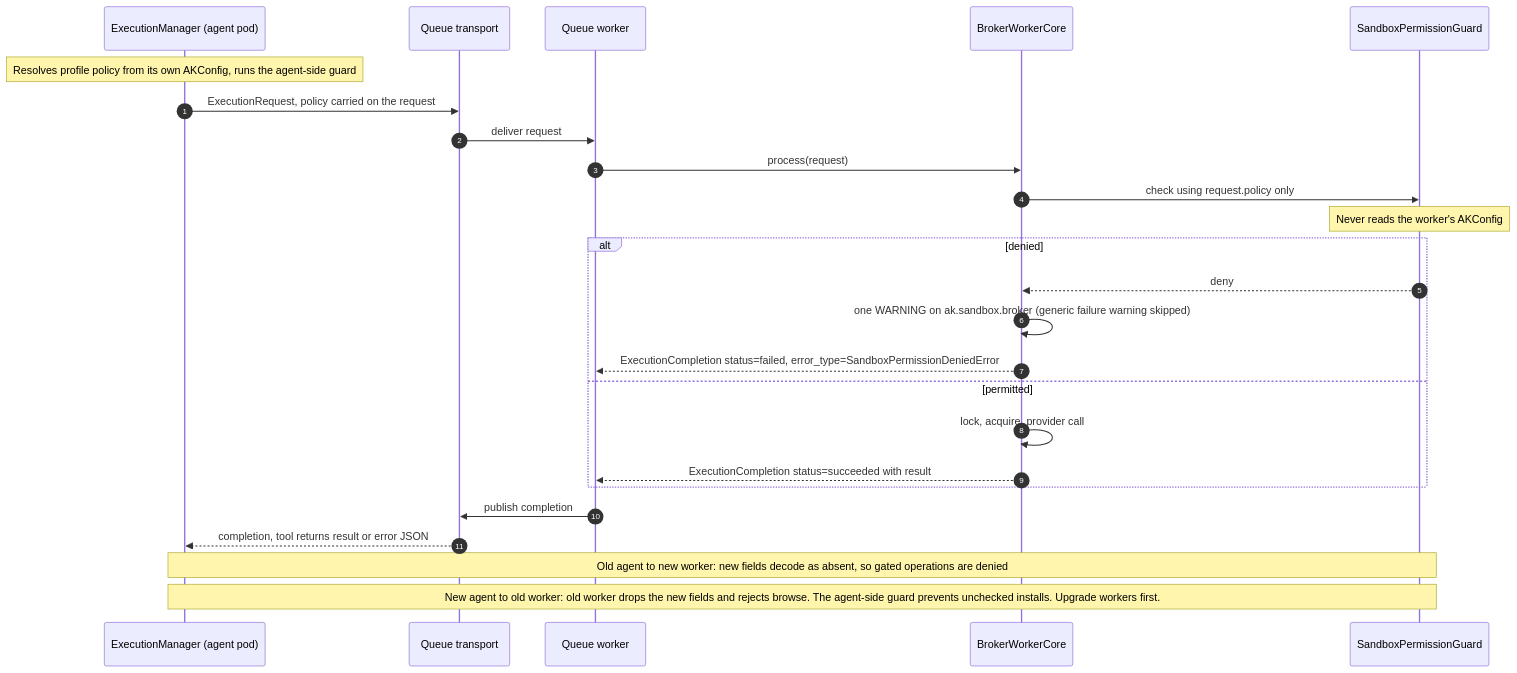
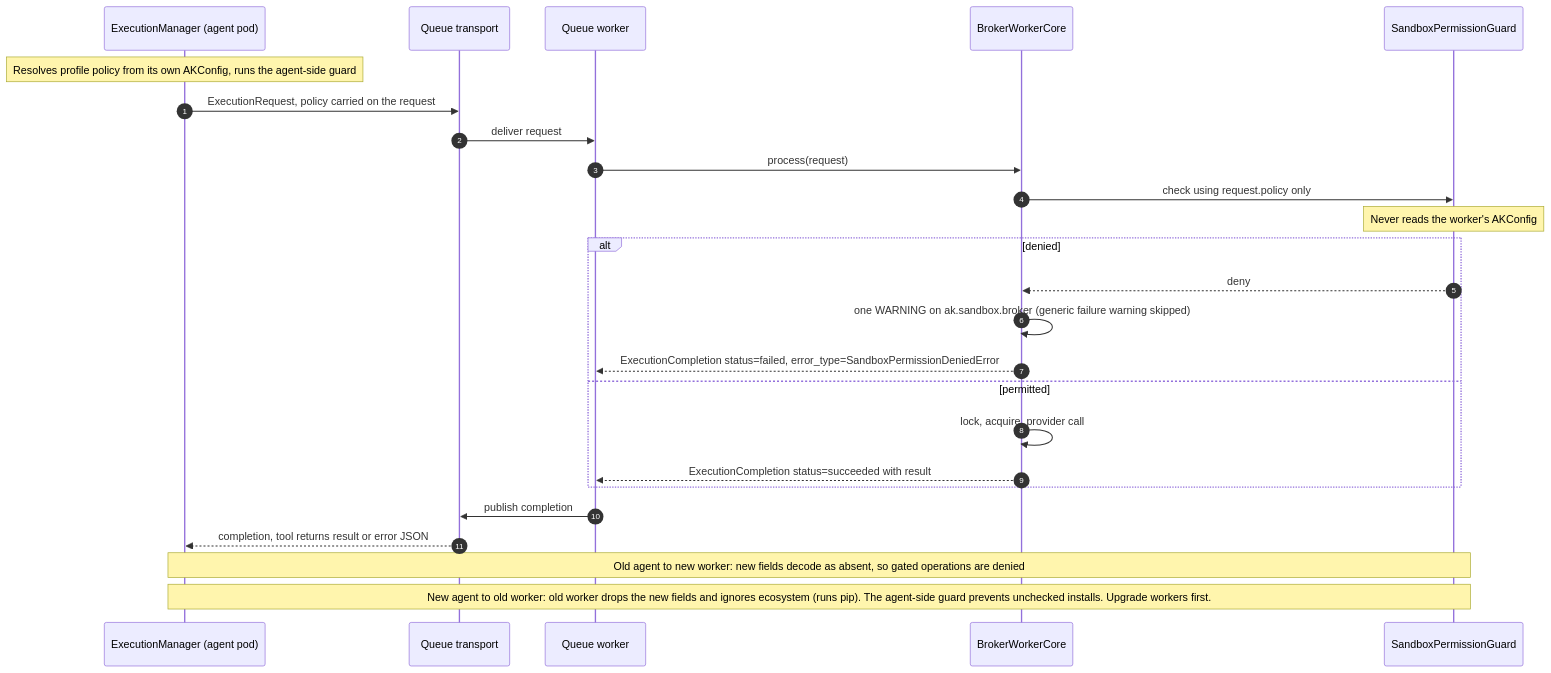
Before and after one commit to yaalalabs/agent-kernel: the seventh of 7 diagrams in docs/specs/692-sandbox-extended-permissions/research/diagrams.md, drawn with Mermaid. The commit also changed other lines of this file and 1 other file, not shown here.

Commit message:
docs: update design and diagrams for sandbox extended permissions, removing browser automation capability

````diff
--- a/docs/specs/692-sandbox-extended-permissions/research/diagrams.md
+++ b/docs/specs/692-sandbox-extended-permissions/research/diagrams.md
@@ -349,27 +302,27 @@
 ```mermaid
 sequenceDiagram
   autonumber
   participant EM as ExecutionManager (agent pod)
   participant Q as Queue transport
   participant QW as Queue worker
   participant W as BrokerWorkerCore
   participant G as SandboxPermissionGuard
   Note over EM: Resolves profile policy from its own AKConfig, runs the agent-side guard
   EM->>Q: ExecutionRequest, policy carried on the request
   Q->>QW: deliver request
   QW->>W: process(request)
   W->>G: check using request.policy only
   Note over G: Never reads the worker's AKConfig
   alt denied
     G-->>W: deny
     W->>W: one WARNING on ak.sandbox.broker (generic failure warning skipped)
     W-->>QW: ExecutionCompletion status=failed, error_type=SandboxPermissionDeniedError
   else permitted
     W->>W: lock, acquire, provider call
     W-->>QW: ExecutionCompletion status=succeeded with result
   end
   QW->>Q: publish completion
   Q-->>EM: completion, tool returns result or error JSON
   Note over EM,G: Old agent to new worker: new fields decode as absent, so gated operations are denied
-  Note over EM,G: New agent to old worker: old worker drops the new fields and rejects browse. The agent-side guard prevents unchecked installs. Upgrade workers first.
+  Note over EM,G: New agent to old worker: old worker drops the new fields and ignores ecosystem (runs pip). The agent-side guard prevents unchecked installs. Upgrade workers first.
 ```
````
